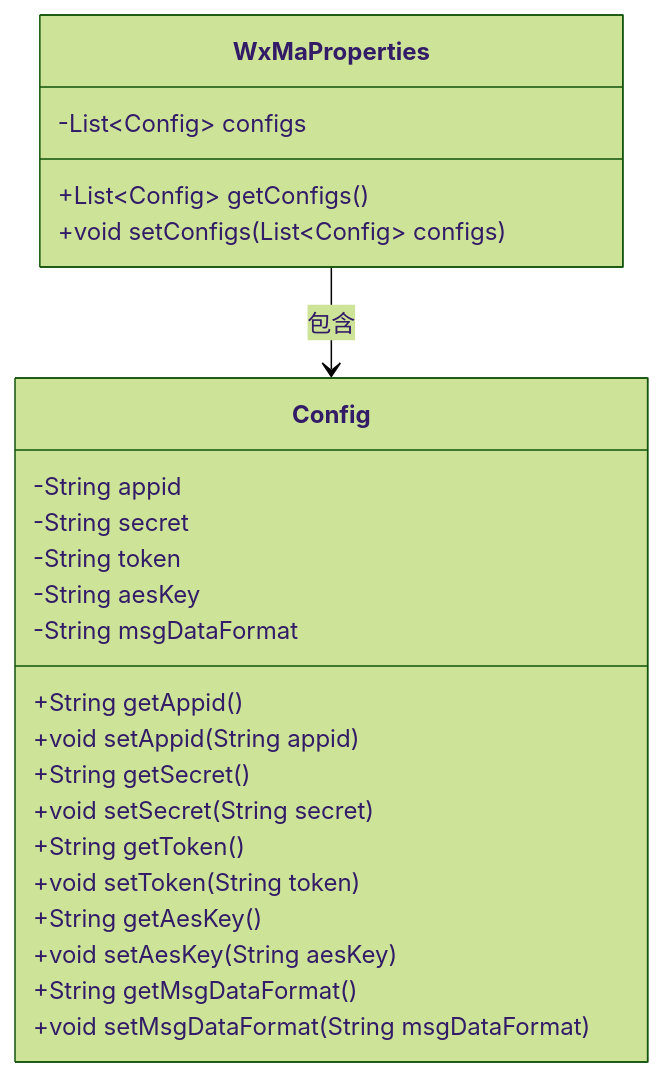
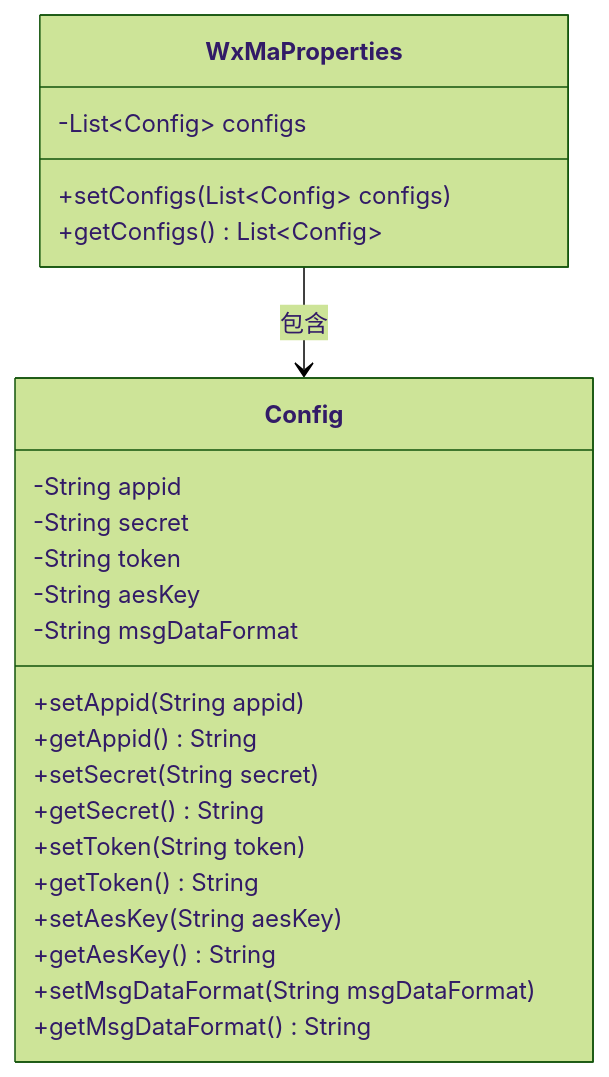
Before and after one commit to v-wjrong/imrrong_weixin-java-miniapp-demo: the first of 2 diagrams in docs/zh/docs/src/main/java/com/github/binarywang/demo/wx/miniapp/config/WxMaProperties.md, drawn with Mermaid (forest theme). The commit also changed other lines of this file and 51 other files, not shown here.

````diff
--- a/docs/zh/docs/src/main/java/com/github/binarywang/demo/wx/miniapp/config/WxMaProperties.md
+++ b/docs/zh/docs/src/main/java/com/github/binarywang/demo/wx/miniapp/config/WxMaProperties.md
@@ -36,28 +36,28 @@
 ```mermaid
 classDiagram
     class WxMaProperties {
         -List~Config~ configs
-        +List~Config~ getConfigs()
-        +void setConfigs(List~Config~ configs)
+        +setConfigs(List~Config~ configs)
+        +getConfigs() List~Config~
     }
-
+    
     class Config {
         -String appid
         -String secret
         -String token
         -String aesKey
         -String msgDataFormat
-        +String getAppid()
-        +void setAppid(String appid)
-        +String getSecret()
-        +void setSecret(String secret)
-        +String getToken()
-        +void setToken(String token)
-        +String getAesKey()
-        +void setAesKey(String aesKey)
-        +String getMsgDataFormat()
-        +void setMsgDataFormat(String msgDataFormat)
+        +setAppid(String appid)
+        +getAppid() String
+        +setSecret(String secret)
+        +getSecret() String
+        +setToken(String token)
+        +getToken() String
+        +setAesKey(String aesKey)
+        +getAesKey() String
+        +setMsgDataFormat(String msgDataFormat)
+        +getMsgDataFormat() String
     }
-
+    
     WxMaProperties --> Config : 包含
 ```
````
